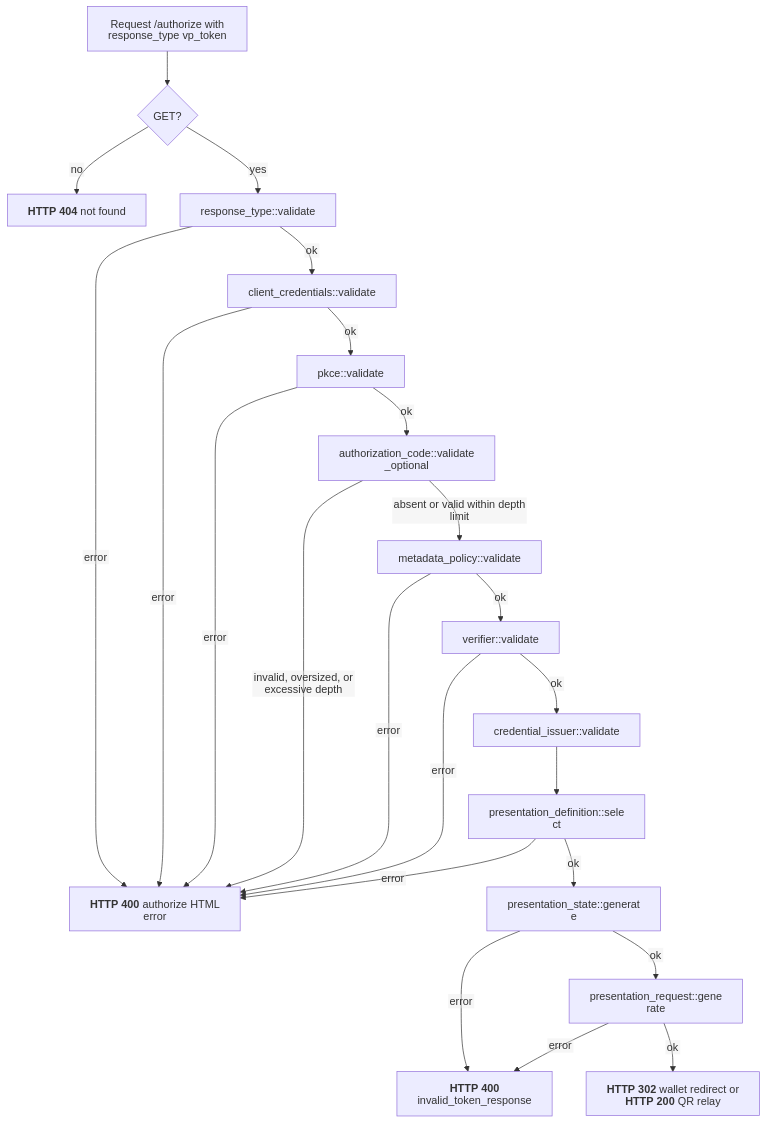
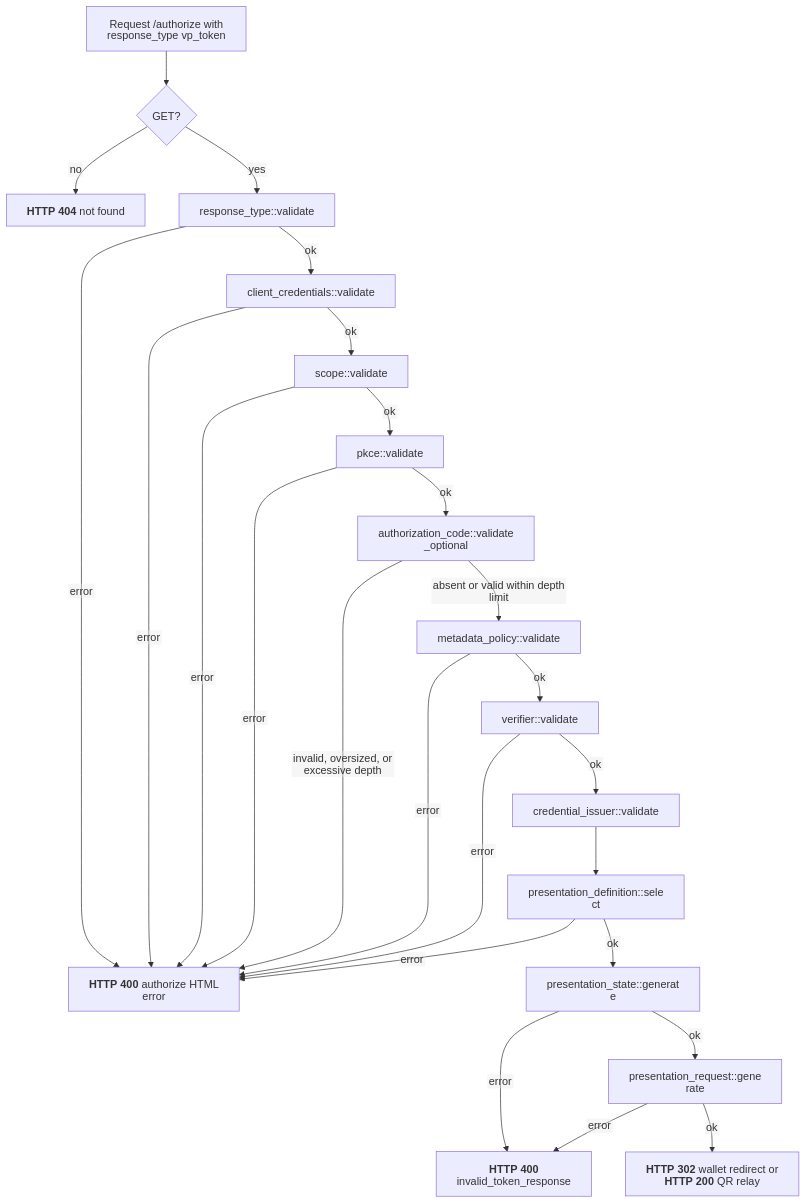
Before and after one commit to malach-it/kagome: the diagram in docs/flows/openid4vp/presentation_request_endpoint.mmd, drawn with Mermaid. The commit also changed 49 other files, not shown here.

Commit message:
feat: validate client authorized scopes

```diff
--- a/docs/flows/openid4vp/presentation_request_endpoint.mmd
+++ b/docs/flows/openid4vp/presentation_request_endpoint.mmd
@@ -1,24 +1,26 @@
 %%{init: {"htmlLabels": false, "flowchart": {"htmlLabels": false}}}%%
 flowchart TD
     start[Request /authorize with response_type vp_token] --> method{GET?}
     method -- no --> not_found["`**HTTP 404** not found`"]
     method -- yes --> response_type["response_type::validate"]
     response_type -- error --> authorize_error["`**HTTP 400** authorize HTML error`"]
     response_type -- ok --> client["client_credentials::validate"]
     client -- error --> authorize_error
-    client -- ok --> pkce["pkce::validate"]
+    client -- ok --> scope["scope::validate"]
+    scope -- error --> authorize_error
+    scope -- ok --> pkce["pkce::validate"]
     pkce -- error --> authorize_error
     pkce -- ok --> code["authorization_code::validate_optional"]
     code -- invalid, oversized, or excessive depth --> authorize_error
     code -- absent or valid within depth limit --> policy["metadata_policy::validate"]
     policy -- error --> authorize_error
     policy -- ok --> verifier["verifier::validate"]
     verifier -- error --> authorize_error
     verifier -- ok --> issuer["credential_issuer::validate"]
     issuer --> definition["presentation_definition::select"]
     definition -- error --> authorize_error
     definition -- ok --> state["presentation_state::generate"]
     state -- error --> generation_error["`**HTTP 400** invalid_token_response`"]
     state -- ok --> request_object["presentation_request::generate"]
     request_object -- error --> generation_error
     request_object -- ok --> success["`**HTTP 302** wallet redirect or **HTTP 200** QR relay`"]
```
